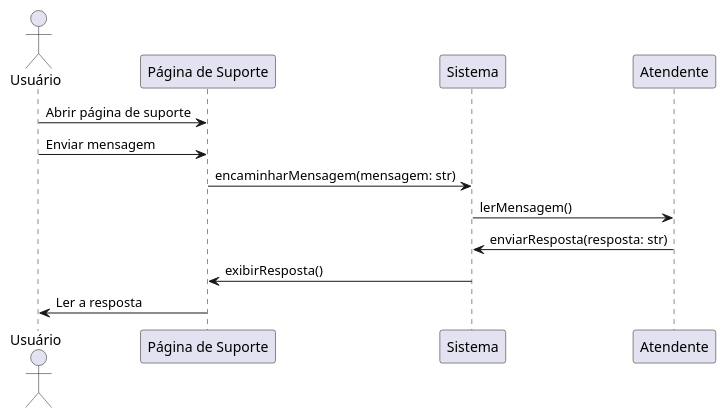
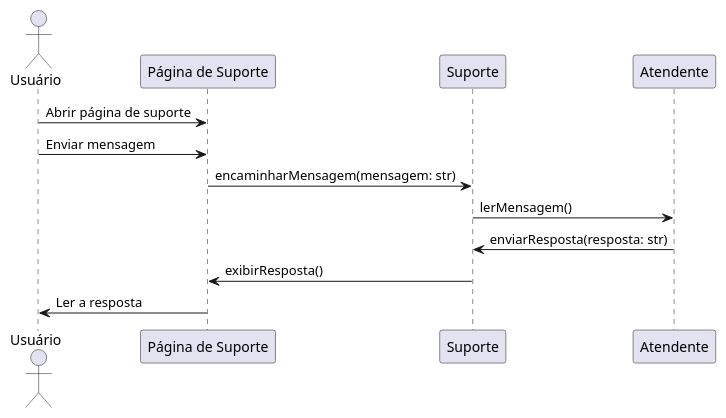
The diagram in Sprint_3/seq_mensagem_sup.puml (XMATHEUSX/UML), drawn with PlantUML before and after one commit.

Commit message:
fix: adicionando classe Suporte no diagrama de sequencia de mensagem

```diff
--- a/Sprint_3/seq_mensagem_sup.puml
+++ b/Sprint_3/seq_mensagem_sup.puml
@@ -1,14 +1,14 @@
 @startuml
 actor Usuário as U
 participant "Página de Suporte" as P
-participant Sistema as S
+participant Suporte as S
 participant Atendente as A
 
 U -> P: Abrir página de suporte
 U -> P: Enviar mensagem
 P -> S: encaminharMensagem(mensagem: str)
 S -> A: lerMensagem()
 A -> S: enviarResposta(resposta: str)
 S -> P: exibirResposta()
 P -> U: Ler a resposta
 @enduml
```
